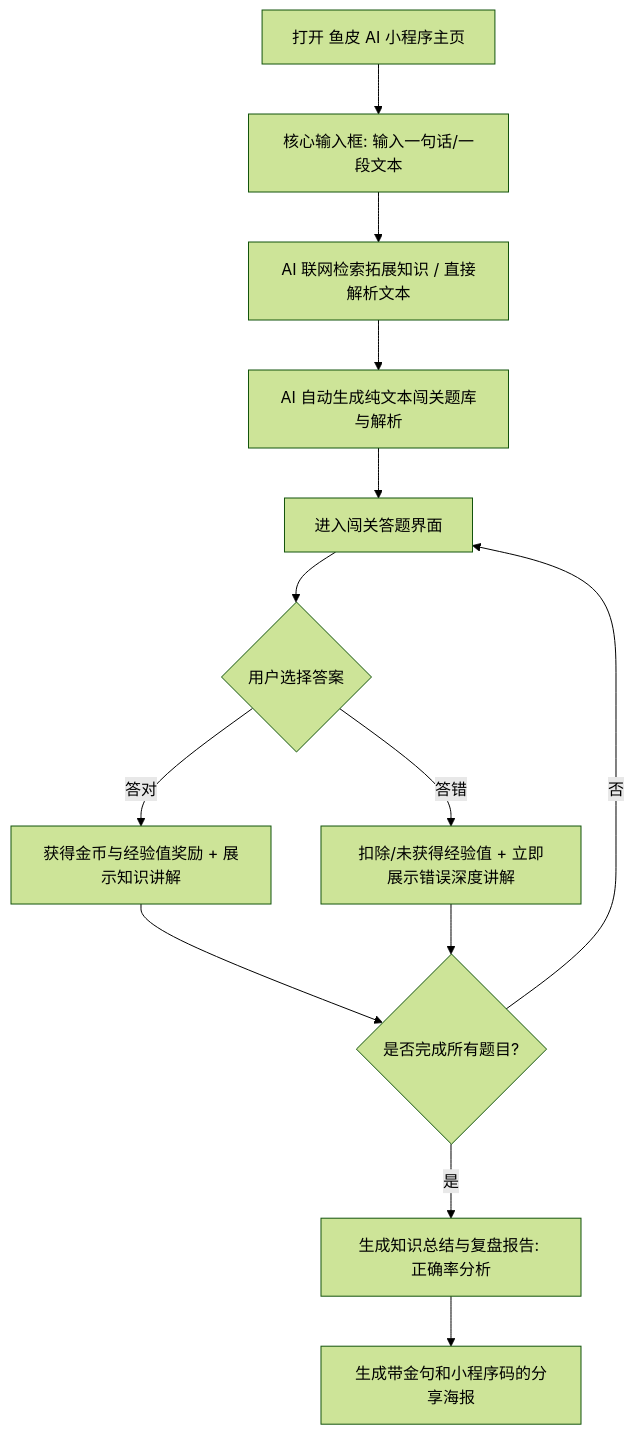
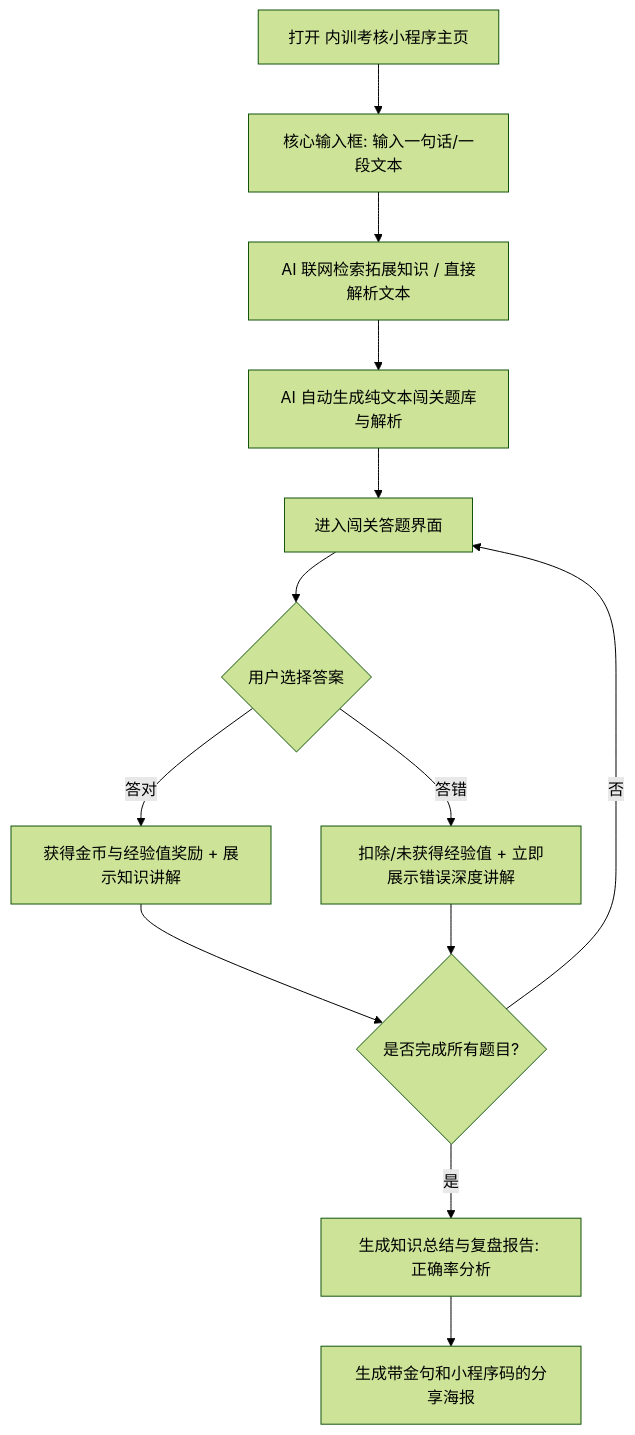
The diagram in docs/需求分析文档.md (3hao-ui/enterprise-training-assessment), drawn with Mermaid (forest theme) before and after one commit. The commit also changed other lines of this file and 14 other files, not shown here.

````diff
--- a/docs/需求分析文档.md
+++ b/docs/需求分析文档.md
@@ -62,15 +64,15 @@
 ```mermaid
 graph TD
-    A[打开 鱼皮 AI 小程序主页] --> B[核心输入框: 输入一句话/一段文本]
+    A[打开 内训考核小程序主页] --> B[核心输入框: 输入一句话/一段文本]
     B --> C[AI 联网检索拓展知识 / 直接解析文本]
     C --> D[AI 自动生成纯文本闯关题库与解析]
     D --> E[进入闯关答题界面]
     E --> F{用户选择答案}
     F -->|答对| G[获得金币与经验值奖励 + 展示知识讲解]
     F -->|答错| H[扣除/未获得经验值 + 立即展示错误深度讲解]
     G --> I{是否完成所有题目?}
     H --> I
     I -->|否| E
     I -->|是| J[生成知识总结与复盘报告: 正确率分析]
     J --> K[生成带金句和小程序码的分享海报]
 ```
````
